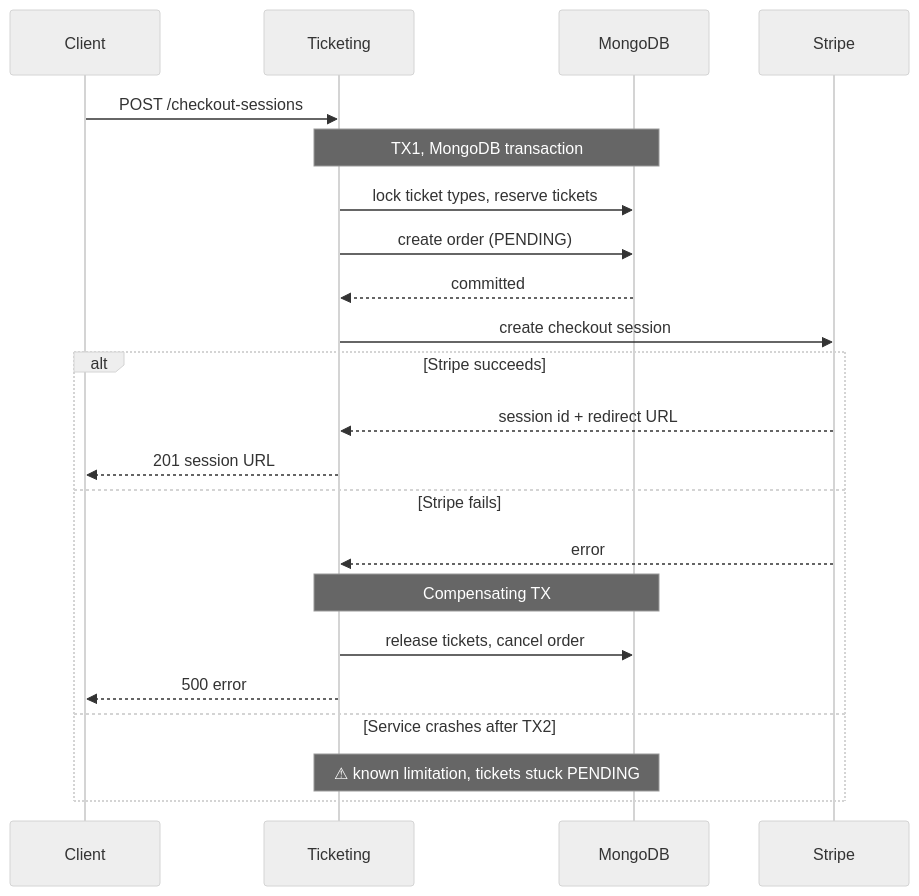
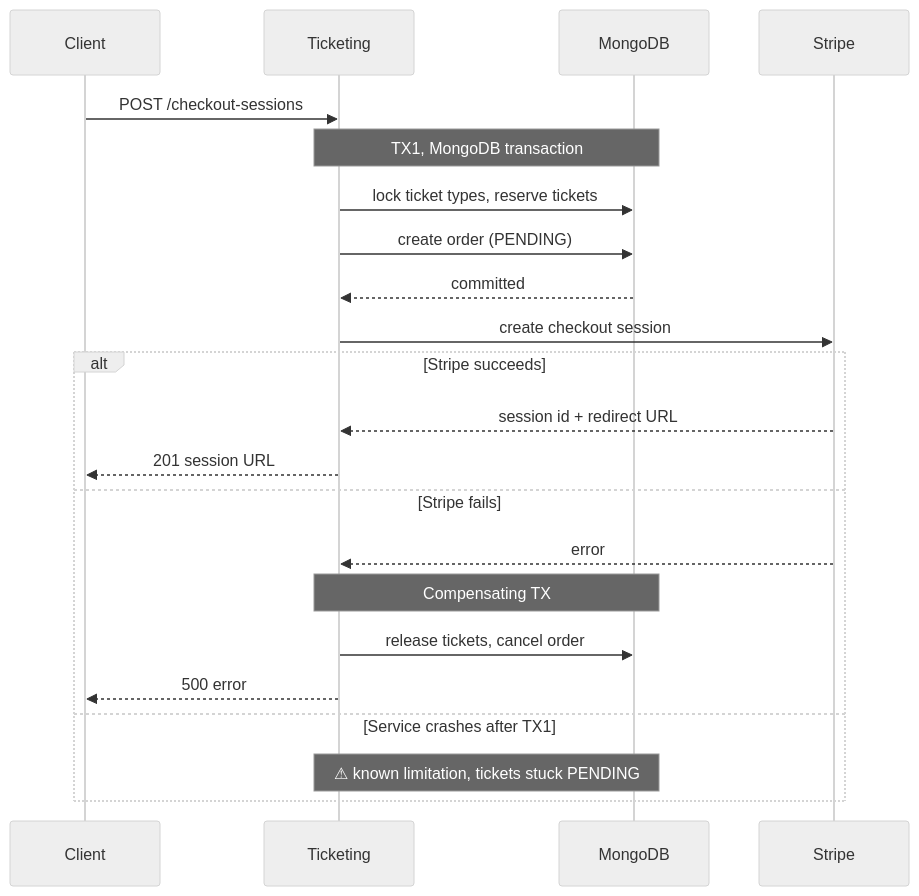
The diagram in docs/report/DS/markdown/implementation.md (EvenToNight/EvenToNight), drawn with Mermaid (neutral theme) before and after one commit. The commit also changed 13 other files, not shown here.

````diff
--- a/docs/report/DS/markdown/implementation.md
+++ b/docs/report/DS/markdown/implementation.md
@@ -66,28 +66,28 @@
 ```mermaid
 sequenceDiagram
     participant Client
     participant Ticketing
     participant MongoDB
     participant Stripe
 
     Client->>Ticketing: POST /checkout-sessions
 
     note over Ticketing,MongoDB: TX1, MongoDB transaction
     Ticketing->>MongoDB: lock ticket types, reserve tickets
     Ticketing->>MongoDB: create order (PENDING)
     MongoDB-->>Ticketing: committed
 
     Ticketing->>Stripe: create checkout session
 
     alt Stripe succeeds
         Stripe-->>Ticketing: session id + redirect URL
         Ticketing-->>Client: 201 session URL
     else Stripe fails
         Stripe-->>Ticketing: error
         note over Ticketing,MongoDB: Compensating TX
         Ticketing->>MongoDB: release tickets, cancel order
         Ticketing-->>Client: 500 error
-    else Service crashes after TX2
+    else Service crashes after TX1
         note over Ticketing,MongoDB: ⚠ known limitation, tickets stuck PENDING
     end
 ```
````
